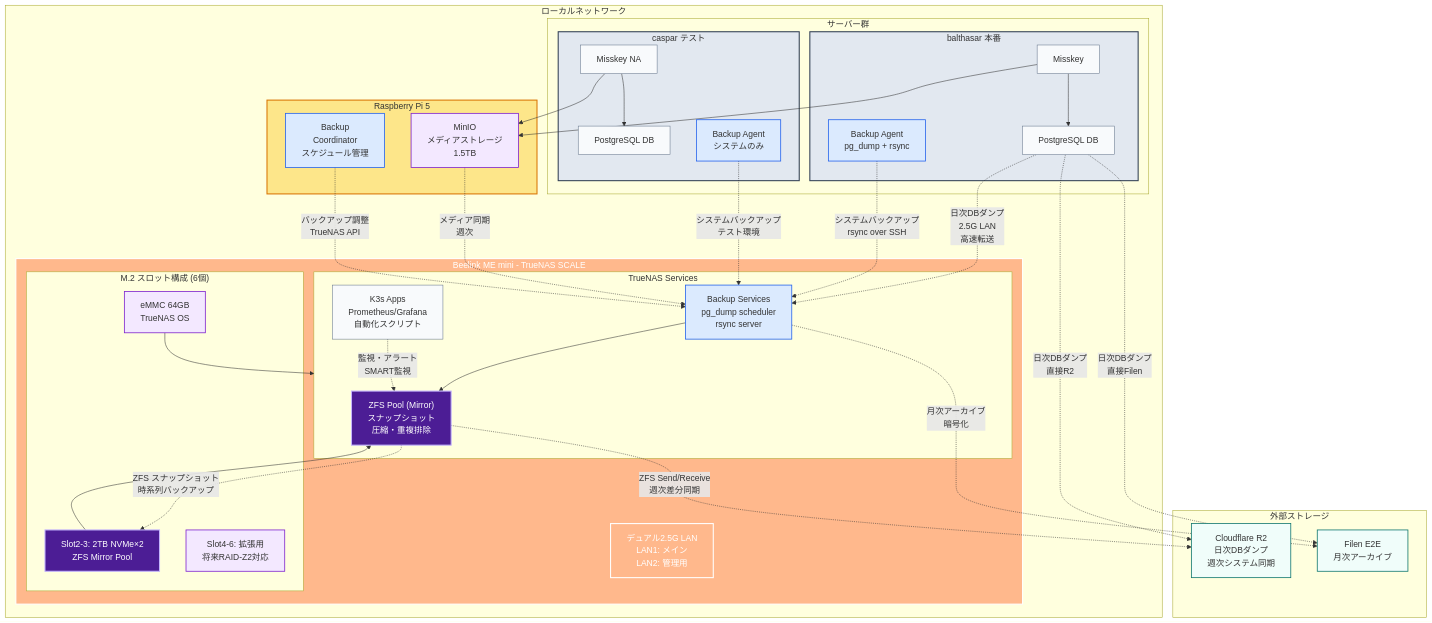
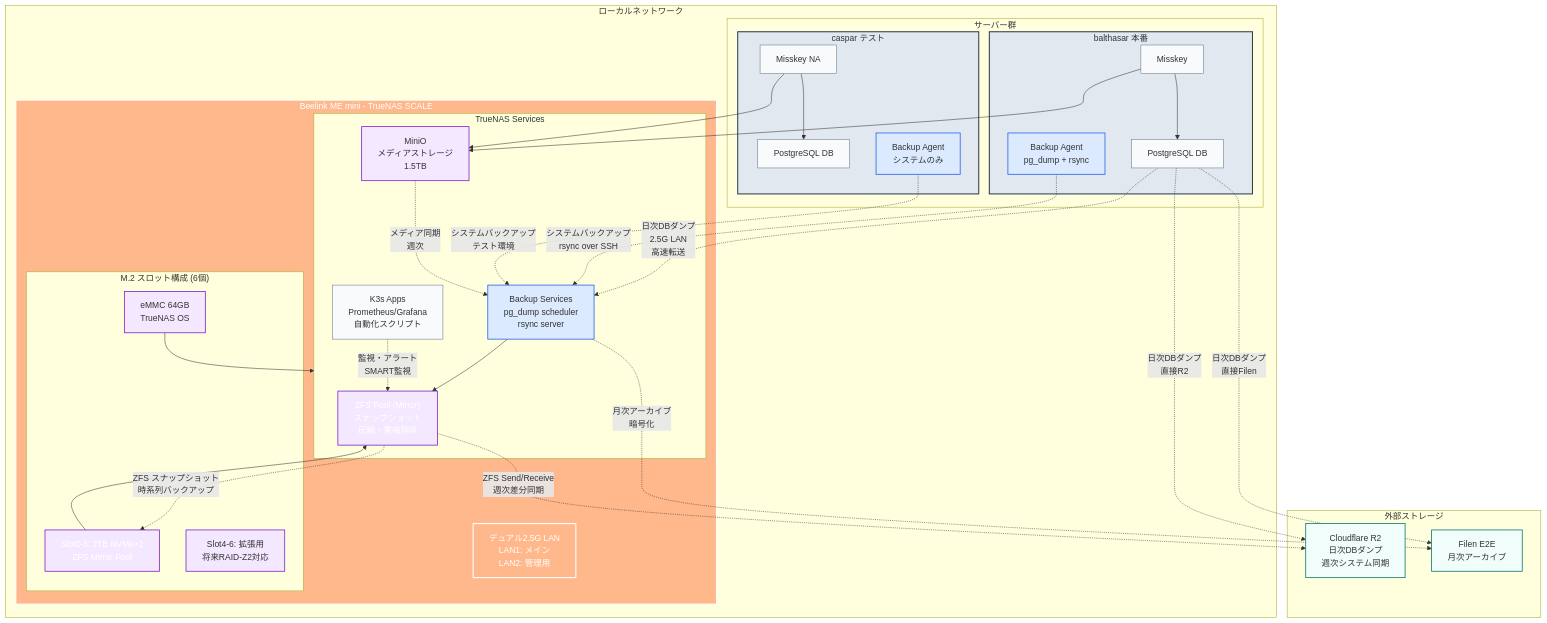
The third of 4 diagrams in README.md (yamisskey-dev/hosted-list), drawn with Mermaid before and after one commit.

````diff
--- a/README.md
+++ b/README.md
@@ -211,7 +211,6 @@
     classDef backup fill:#dbeafe,stroke:#2563eb,stroke-width:1.5px
     classDef storage fill:#f3e8ff,stroke:#7e22ce,stroke-width:1.5px
     classDef beelink fill:#ffb88c,stroke:#ffffff,stroke-width:2px,color:#ffffff
-    classDef rpi fill:#fde68a,stroke:#d97706,stroke-width:2px
     classDef cloud fill:#f0fdfa,stroke:#0f766e,stroke-width:1.5px
     classDef zfs fill:#4c1d95,stroke:#c4b5fd,stroke-width:2px,color:#ffffff
 
@@ -236,15 +235,10 @@
                 zfs_pool["ZFS Pool (Mirror)<br/>スナップショット<br/>圧縮・重複排除"]:::zfs
                 backup_svc["Backup Services<br/>pg_dump scheduler<br/>rsync server"]:::backup
                 k3s_apps["K3s Apps<br/>Prometheus/Grafana<br/>自動化スクリプト"]:::service
+                minio["MiniO<br/>メディアストレージ<br/>1.5TB"]:::storage
             end
             
             dual_lan["デュアル2.5G LAN<br/>LAN1: メイン<br/>LAN2: 管理用"]:::beelink
-        end
-        
-        %% Raspberry Pi
-        subgraph rpi["Raspberry Pi 5"]
-            minio["MinIO<br/>メディアストレージ<br/>1.5TB"]:::storage
-            coordinator["Backup<br/>Coordinator<br/>スケジュール管理"]:::backup
         end
         
         %% Main servers
@@ -289,7 +283,6 @@
     minio -.->|"メディア同期<br/>週次"| backup_svc
     
     %% Coordination and monitoring
-    coordinator -.->|"バックアップ調整<br/>TrueNAS API"| backup_svc
     k3s_apps -.->|"監視・アラート<br/>SMART監視"| zfs_pool
     
     %% External sync flows
@@ -298,12 +291,9 @@
     %% Apply styles
     class balthasar,caspar server
     class beelink_nas beelink
-    class rpi rpi
     class misskey1,misskey2,db1,db2,k3s_apps service
-    class backup_svc,coordinator,backup1,backup2 backup
+    class backup_svc,backup1,backup2 backup
     class r2,filen cloud
-    class minio,slot456 storage
-    class zfs_pool,slot23 zfs
+    class minio,slot456,slot23,zfs_pool storage
     class emmc storage
-
 ```
````
